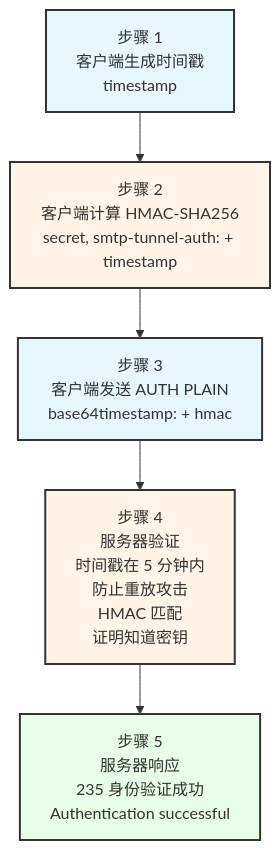
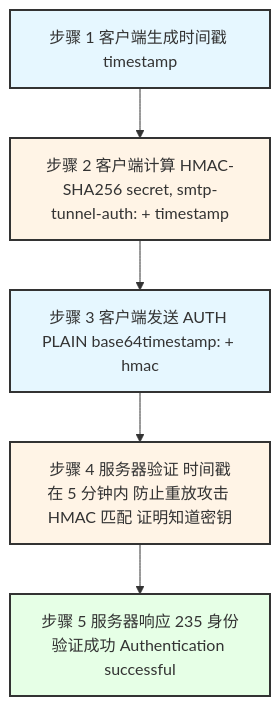
Before and after one commit to purpose168/smtp-tunnel-proxy: the ninth of 12 diagrams in TECHNICAL.md, drawn with Mermaid. The commit also changed other lines of this file, not shown here.

First line of the commit message:
docs: 更新技术文档中的图表格式和内容

````diff
--- a/TECHNICAL.md
+++ b/TECHNICAL.md
@@ -401,13 +401,13 @@
 ```mermaid
 graph TD
-    A[步骤 1<br/>客户端生成时间戳<br/>timestamp] --> B[步骤 2<br/>客户端计算 HMAC-SHA256<br/>secret, smtp-tunnel-auth: + timestamp]
-    B --> C[步骤 3<br/>客户端发送 AUTH PLAIN<br/>base64timestamp: + hmac]
-    C --> D[步骤 4<br/>服务器验证<br/>时间戳在 5 分钟内<br/>防止重放攻击<br/>HMAC 匹配<br/>证明知道密钥]
-    D --> E[步骤 5<br/>服务器响应<br/>235 身份验证成功<br/>Authentication successful]
+    A["步骤 1 客户端生成时间戳 timestamp"] --> B["步骤 2 客户端计算 HMAC-SHA256 secret, smtp-tunnel-auth: + timestamp"]
+    B --> C["步骤 3 客户端发送 AUTH PLAIN base64timestamp: + hmac"]
+    C --> D["步骤 4 服务器验证 时间戳在 5 分钟内 防止重放攻击 HMAC 匹配 证明知道密钥"]
+    D --> E["步骤 5 服务器响应 235 身份验证成功 Authentication successful"]
 
     style A fill:#e6f7ff,stroke:#333,stroke-width:2px
     style B fill:#fff4e6,stroke:#333,stroke-width:2px
     style C fill:#e6f7ff,stroke:#333,stroke-width:2px
     style D fill:#fff4e6,stroke:#333,stroke-width:2px
     style E fill:#e6ffe6,stroke:#333,stroke-width:2px
 ```
````
